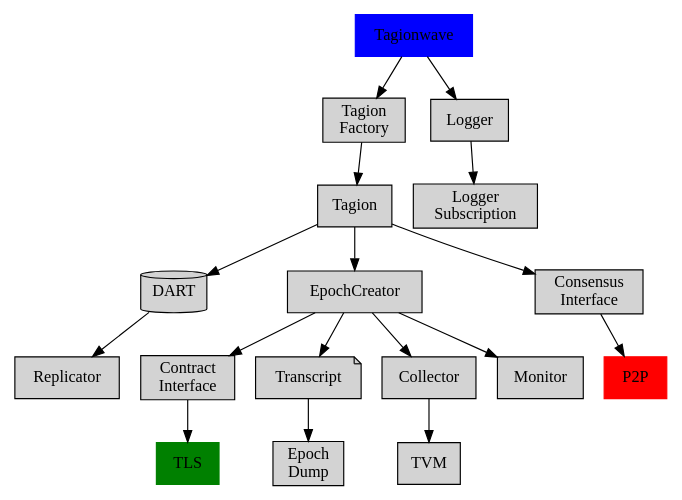
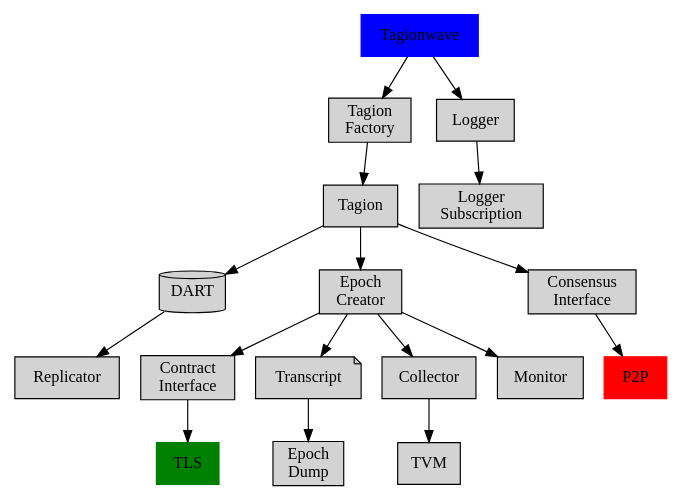
One commit to tagion/tagion changed the second of 2 diagrams in documents/architecture/Network_Architecture.md. Above: the diagram before and after it, drawn with Graphviz. The commit also changed other lines of this file and 1 other file, not shown here.

Commit message:
DOC: DART flow

````diff
--- a/documents/architecture/Network_Architecture.md
+++ b/documents/architecture/Network_Architecture.md
@@ -80,34 +79,34 @@
 ```graphviz
 digraph tagion_hierarchy {
     rankdir=UD;
     size="8,5"
    node [style=filled shape=rect]
 Tagionwave [color=blue]
 TagionFactory [label="Tagion\nFactory"]
 DART [shape = cylinder]
 ContractInterface [label="Contract\nInterface"]
 Transcript [shape = note]
 Collector [shape=rect]
-EpochCreator [label="Epoch\Creator"]
+EpochCreator [label="Epoch\nCreator"]
 EpochDump [label="Epoch\nDump"]
 ConsensusInterface [shape=rect label="Consensus\nInterface"]
 LoggerSubscription [label="Logger\nSubscription"]
 TLS [color=green]
 P2P [color=red]
 node [shape = rect];
 	Tagionwave -> Logger -> LoggerSubscription;
 	Tagionwave -> TagionFactory;
 	TagionFactory -> Tagion;
 	Tagion -> ConsensusInterface -> P2P;
 	DART -> Replicator;
 	Tagion -> DART;
     Tagion -> EpochCreator;
 	EpochCreator -> ContractInterface [href="/documents/architecture/ContractInterface.md"];
 	EpochCreator -> Transcript;
 	EpochCreator -> Collector;
 	Transcript -> EpochDump;
 	EpochCreator -> Monitor;
 	Collector -> TVM;
 	ContractInterface -> TLS;
 }
 ```
````
